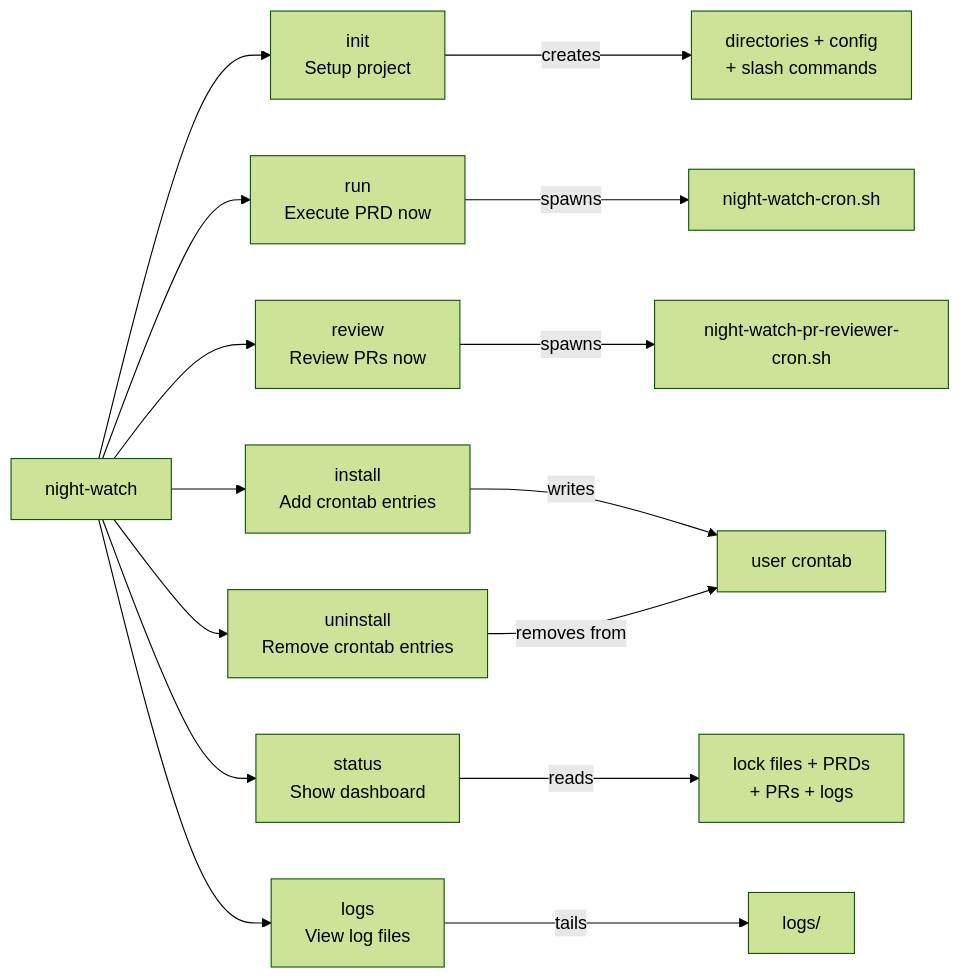
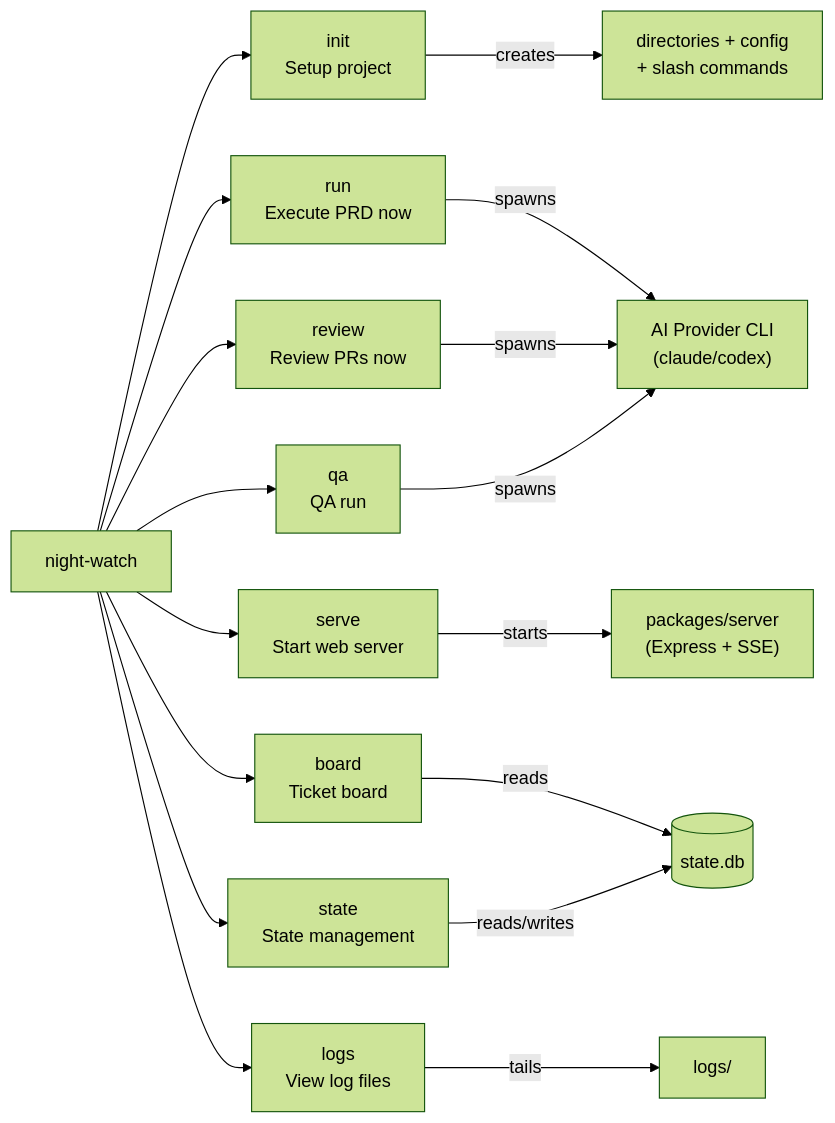
The second of 9 diagrams in docs/architecture-overview.md (jonit-dev/night-watch-cli), drawn with Mermaid (forest theme) before and after one commit. The commit also changed other lines of this file and 67 other files, not shown here.

````diff
--- a/docs/architecture-overview.md
+++ b/docs/architecture-overview.md
@@ -67,19 +71,21 @@
 ```mermaid
 graph LR
     NW["night-watch"]
     NW --> Init["init<br/>Setup project"]
     NW --> Run["run<br/>Execute PRD now"]
     NW --> Review["review<br/>Review PRs now"]
-    NW --> Install["install<br/>Add crontab entries"]
-    NW --> Uninstall["uninstall<br/>Remove crontab entries"]
-    NW --> Status["status<br/>Show dashboard"]
+    NW --> QA["qa<br/>QA run"]
+    NW --> Serve["serve<br/>Start web server"]
+    NW --> Board["board<br/>Ticket board"]
+    NW --> State["state<br/>State management"]
     NW --> LogsCmd["logs<br/>View log files"]
 
     Init --> |creates| Dirs["directories + config<br/>+ slash commands"]
-    Run --> |spawns| ExecScript["night-watch-cron.sh"]
-    Review --> |spawns| RevScript["night-watch-pr-reviewer-cron.sh"]
-    Install --> |writes| CronTab["user crontab"]
-    Uninstall --> |removes from| CronTab
-    Status --> |reads| LockFiles["lock files + PRDs<br/>+ PRs + logs"]
+    Run --> |spawns| Provider["AI Provider CLI<br/>(claude/codex)"]
+    Review --> |spawns| Provider
+    QA --> |spawns| Provider
+    Serve --> |starts| API["packages/server<br/>(Express + SSE)"]
+    Board --> |reads| DB[("state.db")]
+    State --> |reads/writes| DB
     LogsCmd --> |tails| LogFiles["logs/"]
 ```
````
